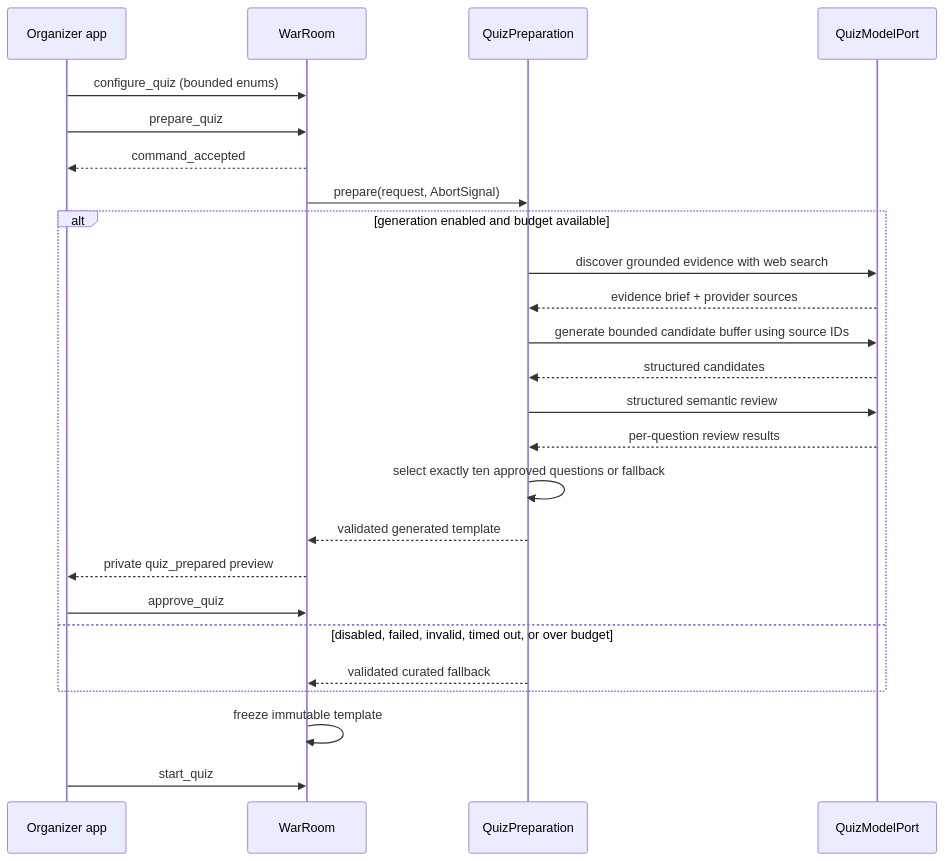
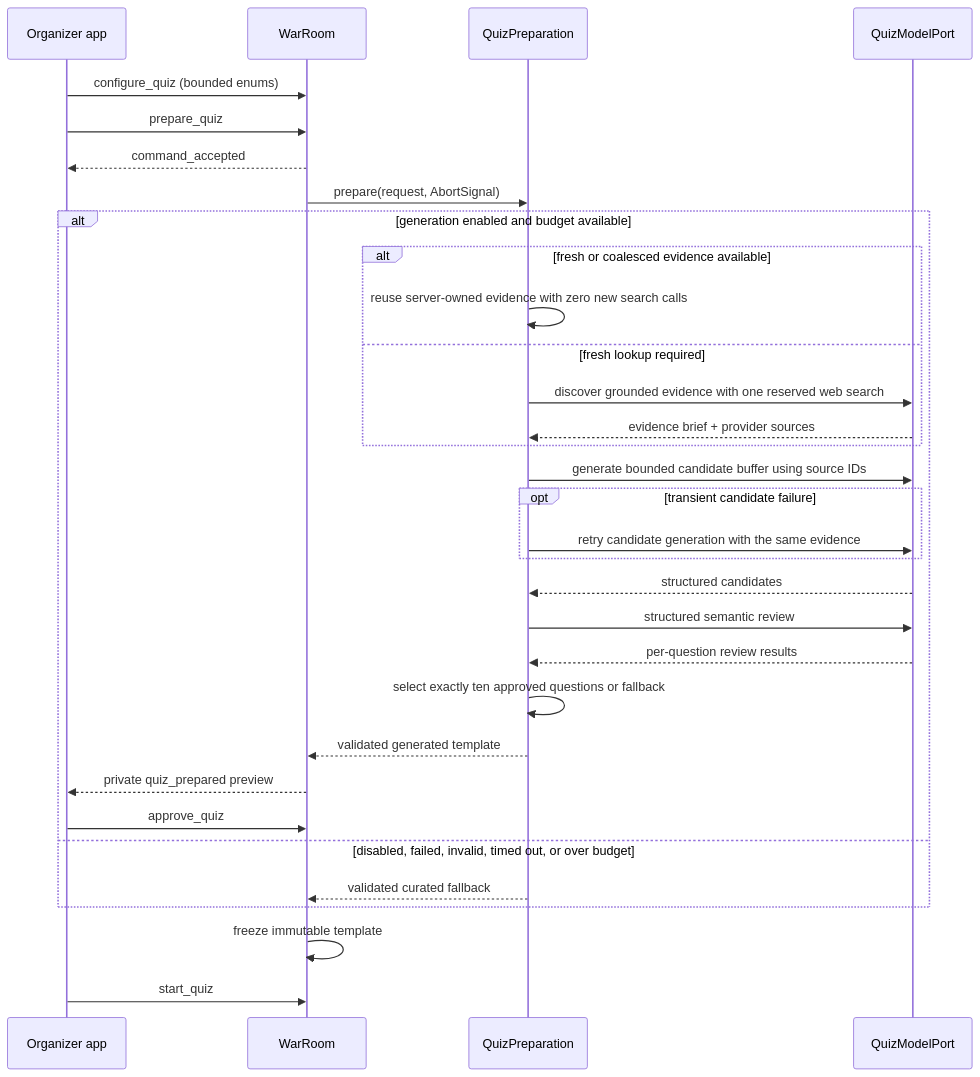
Before and after one commit to Vaibtan/CodexWars: the third of 10 diagrams in ARCHITECTURE.md, drawn with Mermaid. The commit also changed other lines of this file and 15 other files, not shown here.

Commit message:
feat: improve quiz evidence reuse and search reliability

````diff
--- a/ARCHITECTURE.md
+++ b/ARCHITECTURE.md
@@ -112,28 +114,35 @@
 ```mermaid
 sequenceDiagram
     participant ORG as Organizer app
     participant ROOM as WarRoom
     participant PREP as QuizPreparation
     participant MODEL as QuizModelPort
 
     ORG->>ROOM: configure_quiz (bounded enums)
     ORG->>ROOM: prepare_quiz
     ROOM-->>ORG: command_accepted
     ROOM->>PREP: prepare(request, AbortSignal)
     alt generation enabled and budget available
-        PREP->>MODEL: discover grounded evidence with web search
-        MODEL-->>PREP: evidence brief + provider sources
+        alt fresh or coalesced evidence available
+            PREP->>PREP: reuse server-owned evidence with zero new search calls
+        else fresh lookup required
+            PREP->>MODEL: discover grounded evidence with one reserved web search
+            MODEL-->>PREP: evidence brief + provider sources
+        end
         PREP->>MODEL: generate bounded candidate buffer using source IDs
+        opt transient candidate failure
+            PREP->>MODEL: retry candidate generation with the same evidence
+        end
         MODEL-->>PREP: structured candidates
         PREP->>MODEL: structured semantic review
         MODEL-->>PREP: per-question review results
         PREP->>PREP: select exactly ten approved questions or fallback
         PREP-->>ROOM: validated generated template
         ROOM-->>ORG: private quiz_prepared preview
         ORG->>ROOM: approve_quiz
     else disabled, failed, invalid, timed out, or over budget
         PREP-->>ROOM: validated curated fallback
     end
     ROOM->>ROOM: freeze immutable template
     ORG->>ROOM: start_quiz
 ```
````
